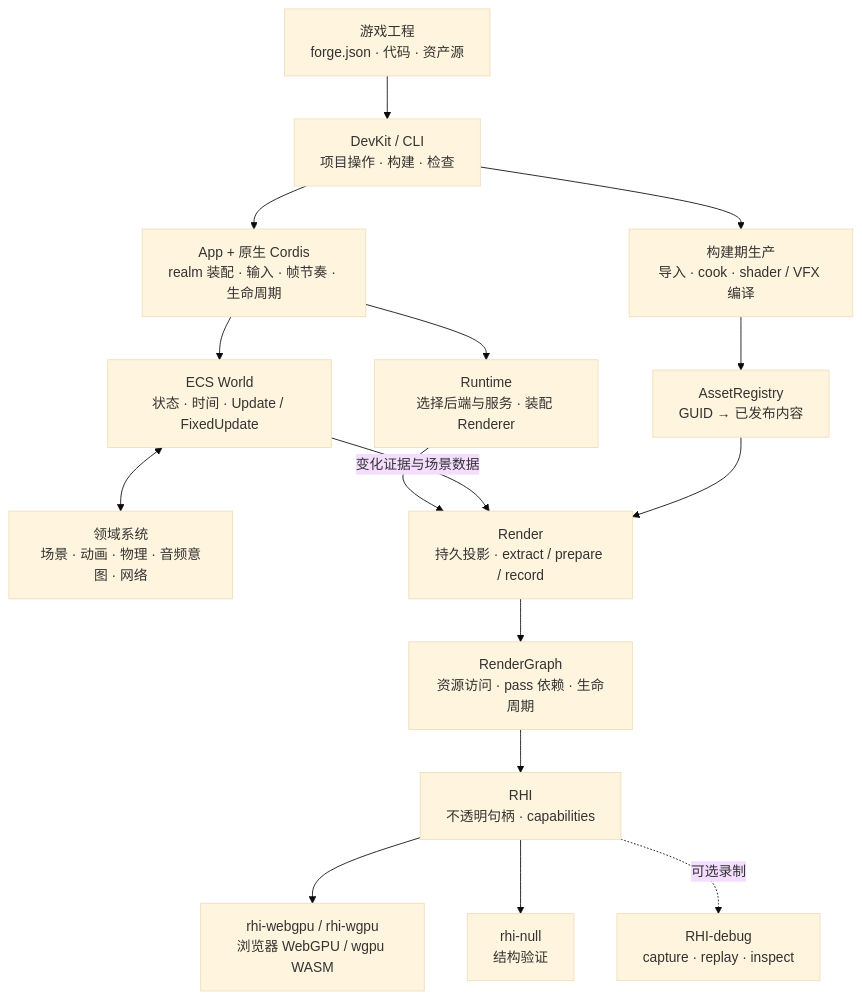
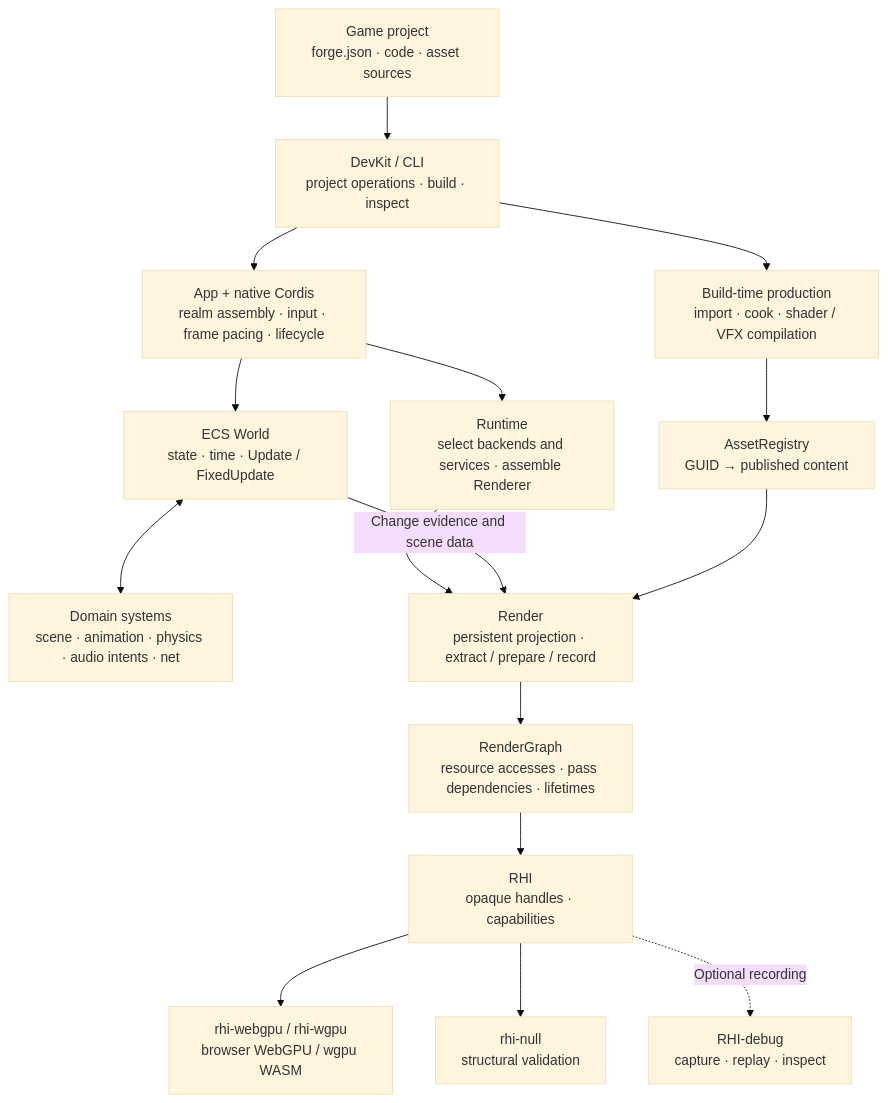
One commit to ForgeAX/forgeax-engine changed the first of 2 diagrams in README.md. Above: the diagram before and after it, drawn with Mermaid (base theme). The commit also changed other lines of this file and 1280 other files, not shown here.

````diff
--- a/README.md
+++ b/README.md
@@ -190,32 +190,32 @@
 ```mermaid
 flowchart TB
-    PROJECT["游戏工程<br/>forge.json · 代码 · 资产源"]
-    DEVKIT["DevKit / CLI<br/>项目操作 · 构建 · 检查"]
-    COOK["构建期生产<br/>导入 · cook · shader / VFX 编译"]
-    ASSETS["AssetRegistry<br/>GUID → 已发布内容"]
-    APP["App + 原生 Cordis<br/>realm 装配 · 输入 · 帧节奏 · 生命周期"]
-    WORLD["ECS World<br/>状态 · 时间 · Update / FixedUpdate"]
-    DOMAINS["领域系统<br/>场景 · 动画 · 物理 · 音频意图 · 网络"]
-    RUNTIME["Runtime<br/>选择后端与服务 · 装配 Renderer"]
-    RENDER["Render<br/>持久投影 · extract / prepare / record"]
-    GRAPH["RenderGraph<br/>资源访问 · pass 依赖 · 生命周期"]
-    RHI["RHI<br/>不透明句柄 · capabilities"]
-    GPU["rhi-webgpu / rhi-wgpu<br/>浏览器 WebGPU / wgpu WASM"]
-    NULL["rhi-null<br/>结构验证"]
+    PROJECT["Game project<br/>forge.json · code · asset sources"]
+    DEVKIT["DevKit / CLI<br/>project operations · build · inspect"]
+    COOK["Build-time production<br/>import · cook · shader / VFX compilation"]
+    ASSETS["AssetRegistry<br/>GUID → published content"]
+    APP["App + native Cordis<br/>realm assembly · input · frame pacing · lifecycle"]
+    WORLD["ECS World<br/>state · time · Update / FixedUpdate"]
+    DOMAINS["Domain systems<br/>scene · animation · physics · audio intents · net"]
+    RUNTIME["Runtime<br/>select backends and services · assemble Renderer"]
+    RENDER["Render<br/>persistent projection · extract / prepare / record"]
+    GRAPH["RenderGraph<br/>resource accesses · pass dependencies · lifetimes"]
+    RHI["RHI<br/>opaque handles · capabilities"]
+    GPU["rhi-webgpu / rhi-wgpu<br/>browser WebGPU / wgpu WASM"]
+    NULL["rhi-null<br/>structural validation"]
     DEBUG["RHI-debug<br/>capture · replay · inspect"]
     PROJECT --> DEVKIT
     DEVKIT --> COOK
     COOK --> ASSETS
     DEVKIT --> APP
     APP --> WORLD
     APP --> RUNTIME
     WORLD <--> DOMAINS
     RUNTIME --> RENDER
-    WORLD -->|"变化证据与场景数据"| RENDER
+    WORLD -->|"Change evidence and scene data"| RENDER
     ASSETS --> RENDER
     RENDER --> GRAPH
     GRAPH --> RHI
     RHI --> GPU
     RHI --> NULL
-    RHI -.->|"可选录制"| DEBUG
+    RHI -.->|"Optional recording"| DEBUG
 ```
````
